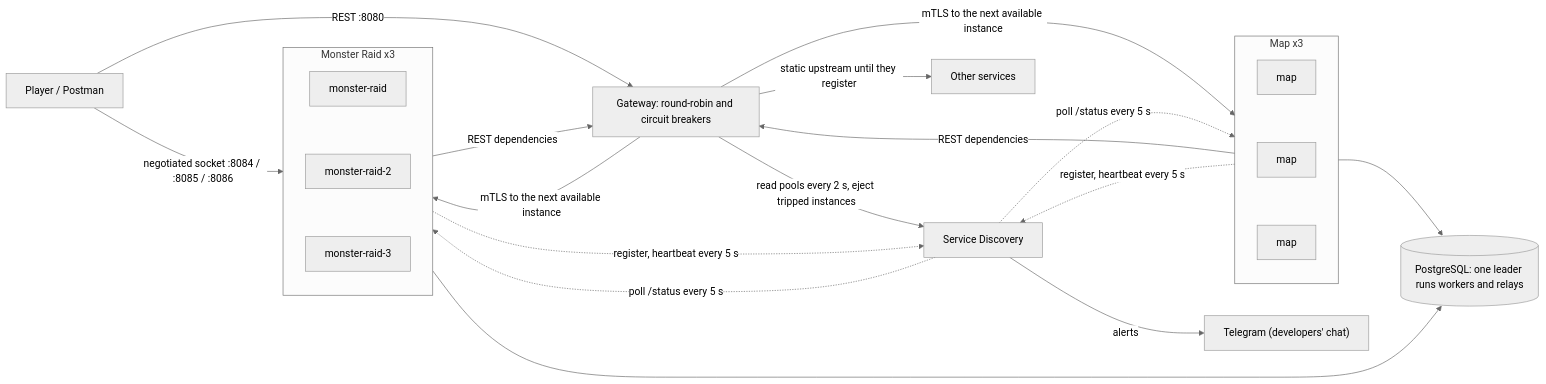
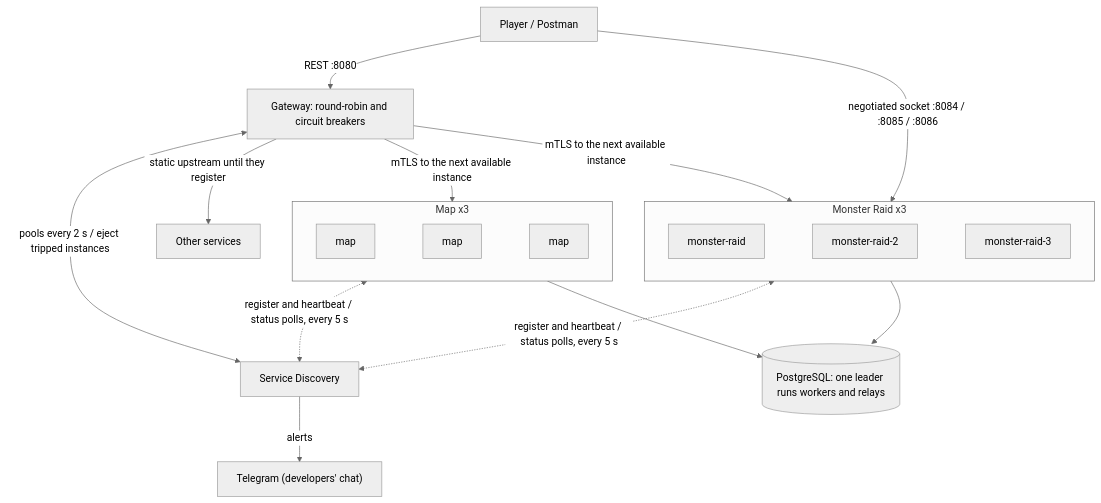
The second of 3 diagrams in ARCHITECTURE.md (AlexDandy77/tamagotchi-go), drawn with Mermaid (neutral theme) before and after one commit. The commit also changed other lines of this file, not shown here.

Commit message:
docs(common): draw the scaling diagram top-down

````diff
--- a/ARCHITECTURE.md
+++ b/ARCHITECTURE.md
@@ -91,19 +91,17 @@
 ```mermaid
-flowchart LR
+flowchart TB
   P[Player / Postman] -->|REST :8080| GW[Gateway: round-robin and circuit breakers]
   P -->|negotiated socket :8084 / :8085 / :8086| MR
+  GW <-->|pools every 2 s / eject tripped instances| SD[Service Discovery]
+  GW -->|mTLS to the next available instance| MP & MR
+  GW -->|static upstream until they register| O[Other services]
   subgraph MP[Map x3]
     M1[map] ~~~ M2[map] ~~~ M3[map]
   end
   subgraph MR[Monster Raid x3]
     R1[monster-raid] ~~~ R2[monster-raid-2] ~~~ R3[monster-raid-3]
   end
-  GW -->|mTLS to the next available instance| MP & MR
-  MP & MR -->|REST dependencies| GW
-  MP & MR -.->|register, heartbeat every 5 s| SD[Service Discovery]
-  SD -.->|poll /status every 5 s| MP & MR
-  GW -->|read pools every 2 s, eject tripped instances| SD
+  MP & MR <-.->|register and heartbeat / status polls, every 5 s| SD
   SD -->|alerts| TG["Telegram (developers' chat)"]
-  GW -->|static upstream until they register| O[Other services]
   MP & MR --> DB[(PostgreSQL: one leader runs workers and relays)]
 ```
````
